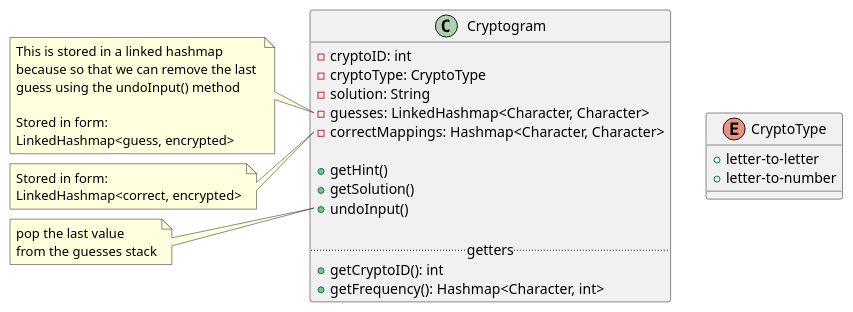
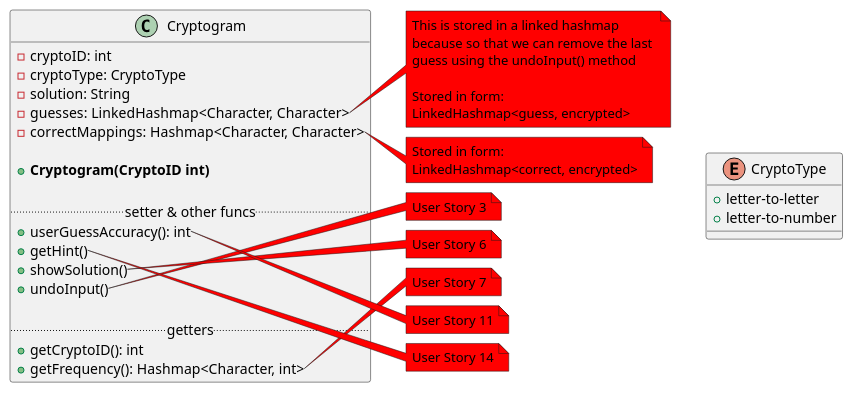
The diagram in Class-Diagrams/src/cryptogram.puml (finlaysr/CS207-Cryptograms), drawn with PlantUML before and after one commit. The commit also changed 4 other files, not shown here.

Commit message:
Finished Class Diagrams and added lots of notes

```diff
--- a/Class-Diagrams/src/cryptogram.puml
+++ b/Class-Diagrams/src/cryptogram.puml
@@ -1,47 +1,70 @@
 @startuml
 
 ' Maybe should be a interface
 class Cryptogram {
     - cryptoID: int
     - cryptoType: CryptoType
     - solution: String
     - guesses: LinkedHashmap<Character, Character>
     - correctMappings: Hashmap<Character, Character>
-    
+
+    + **Cryptogram(CryptoID int)**
+
+    ..setter & other funcs..
+    + userGuessAccuracy(): int    
     + getHint()
-    + getSolution()
+    + showSolution()
     + undoInput()
 
     ..getters..
     + getCryptoID(): int
     + getFrequency(): Hashmap<Character, int>
 }
 
 enum CryptoType{
 
     + letter-to-letter
     + letter-to-number
 }
 
 
-
-note left of Cryptogram::guesses
+note right of Cryptogram::guesses
     This is stored in a linked hashmap
     because so that we can remove the last 
     guess using the undoInput() method
 
     Stored in form:
     LinkedHashmap<guess, encrypted>
 end note
 
-note left of Cryptogram::correctMappings
+note right of Cryptogram::correctMappings
     Stored in form:
     LinkedHashmap<correct, encrypted>
 end note
 
-note left of Cryptogram::undoInput
+note right of Cryptogram::undoInput
     pop the last value
     from the guesses stack
 end note
 
+note right of Cryptogram::undoInput #red
+    User Story 3
+end note
+
+note right of Cryptogram::showSolution #red
+    User Story 6
+end note
+
+note right of Cryptogram::getFrequency #red
+    User Story 7
+end note
+
+note right of Cryptogram::userGuessAccuracy #red
+    User Story 11
+end note
+
+note right of Cryptogram::getHint #red
+    User Story 14
+end note
+
 @enduml
```
